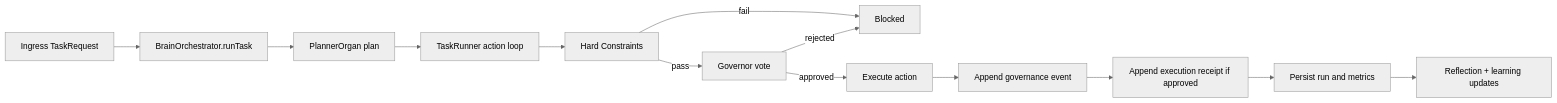
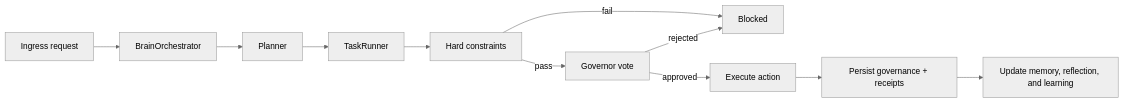
The diagram in docs/ARCHITECTURE.md (AgentBigBrain/AgentBigBrain), drawn with Mermaid (neutral theme) before and after one commit. The commit also changed other lines of this file and 4 other files, not shown here.

Commit message:
chore(docs): enhance documentation with design philosophy, architecture details, and command usage examples onfiguration

````diff
--- a/docs/ARCHITECTURE.md
+++ b/docs/ARCHITECTURE.md
@@ -78,15 +55,13 @@
 ```mermaid
 flowchart LR
-    A[Ingress TaskRequest] --> B[BrainOrchestrator.runTask]
-    B --> C[PlannerOrgan plan]
-    C --> D[TaskRunner action loop]
-    D --> E[Hard Constraints]
-    E -->|pass| F[Governor vote]
-    E -->|fail| X[Blocked]
-    F -->|approved| G[Execute action]
+    A["Ingress request"] --> B["BrainOrchestrator"]
+    B --> C["Planner"]
+    C --> D["TaskRunner"]
+    D --> E["Hard constraints"]
+    E -->|pass| F["Governor vote"]
+    E -->|fail| X["Blocked"]
+    F -->|approved| G["Execute action"]
     F -->|rejected| X
-    G --> H[Append governance event]
-    H --> I[Append execution receipt if approved]
-    I --> J[Persist run and metrics]
-    J --> K[Reflection + learning updates]
+    G --> H["Persist governance + receipts"]
+    H --> I["Update memory, reflection, and learning"]
 ```
````
